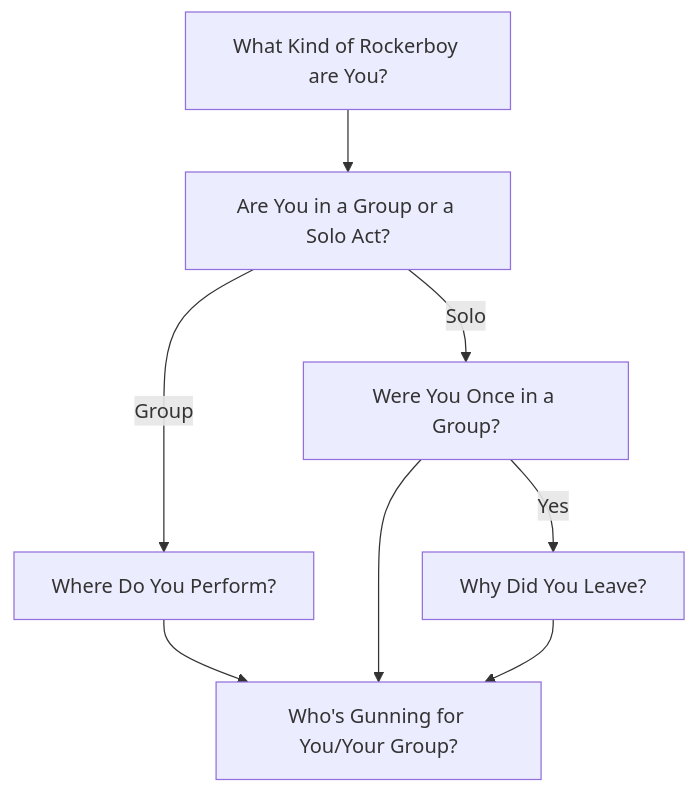
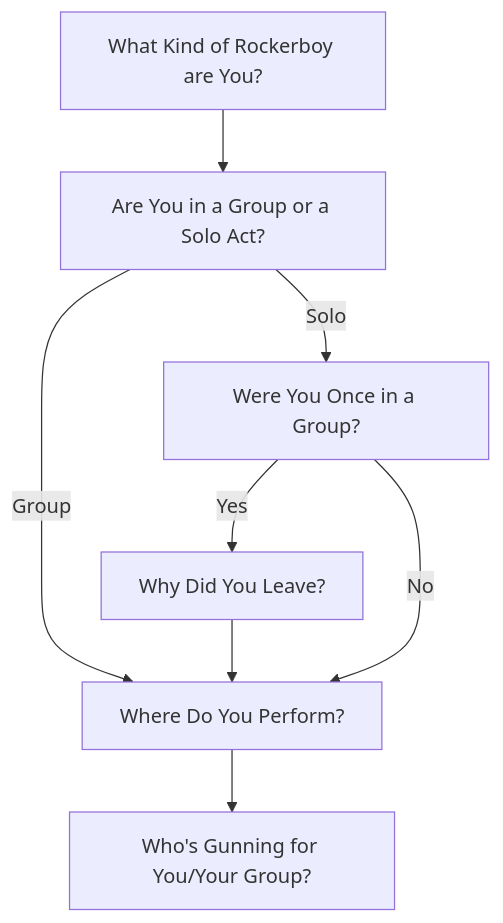
The diagram in docs/lifepaths/role-rockerboy.mmd (benserrette/cyberpunk_red_chargen_v2), drawn with Mermaid before and after one commit. The commit also changed other lines of this file and 8 other files, not shown here.

Commit message:
Corrects lifepath flowcharts.

```diff
--- a/docs/lifepaths/role-rockerboy.mmd
+++ b/docs/lifepaths/role-rockerboy.mmd
@@ -1,8 +1,8 @@
 flowchart TD
     A[What Kind of Rockerboy are You?] --> B[Are You in a Group or a Solo Act?]
-    B -->|Group| C[Where Do You Perform?]
-    B -->|Solo| D[Were You Once in a Group?]
-    D -->|Yes| E[Why Did You Leave?]
-    C --> F[Who's Gunning for You/Your Group?]
-    D --> F
-    E --> F
+    B -->|Solo| C[Were You Once in a Group?]
+    C -->|Yes| D[Why Did You Leave?]
+    B -->|Group| E[Where Do You Perform?]
+    D --> E
+    C -->|No| E
+    E --> F[Who's Gunning for You/Your Group?]
```
